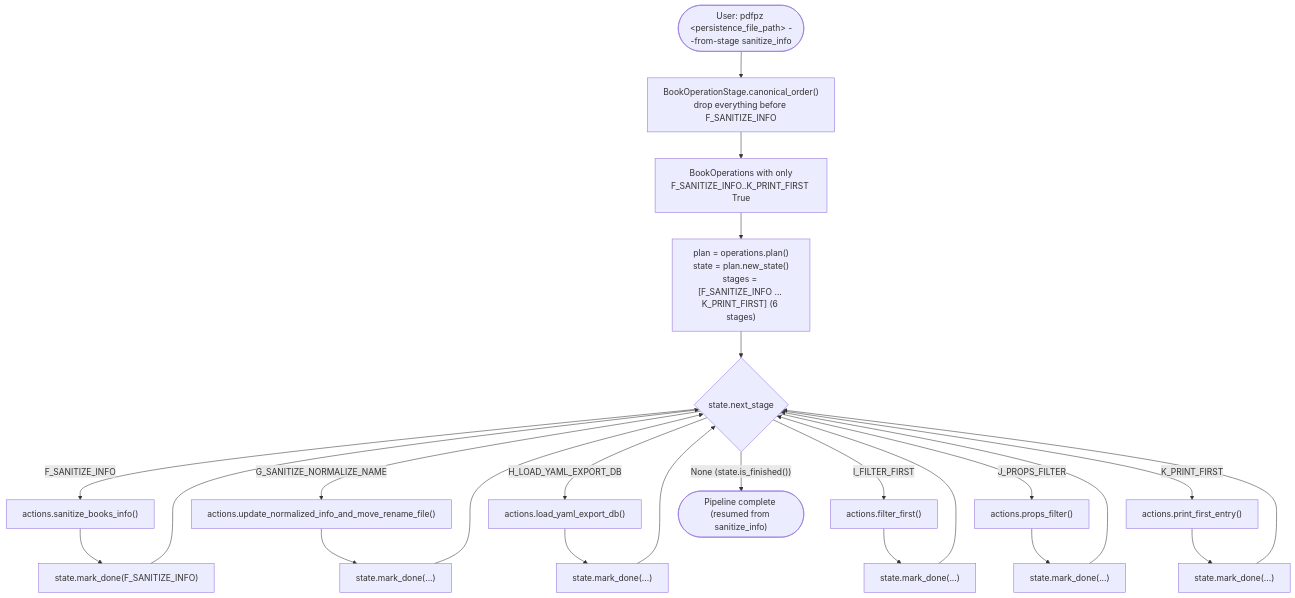
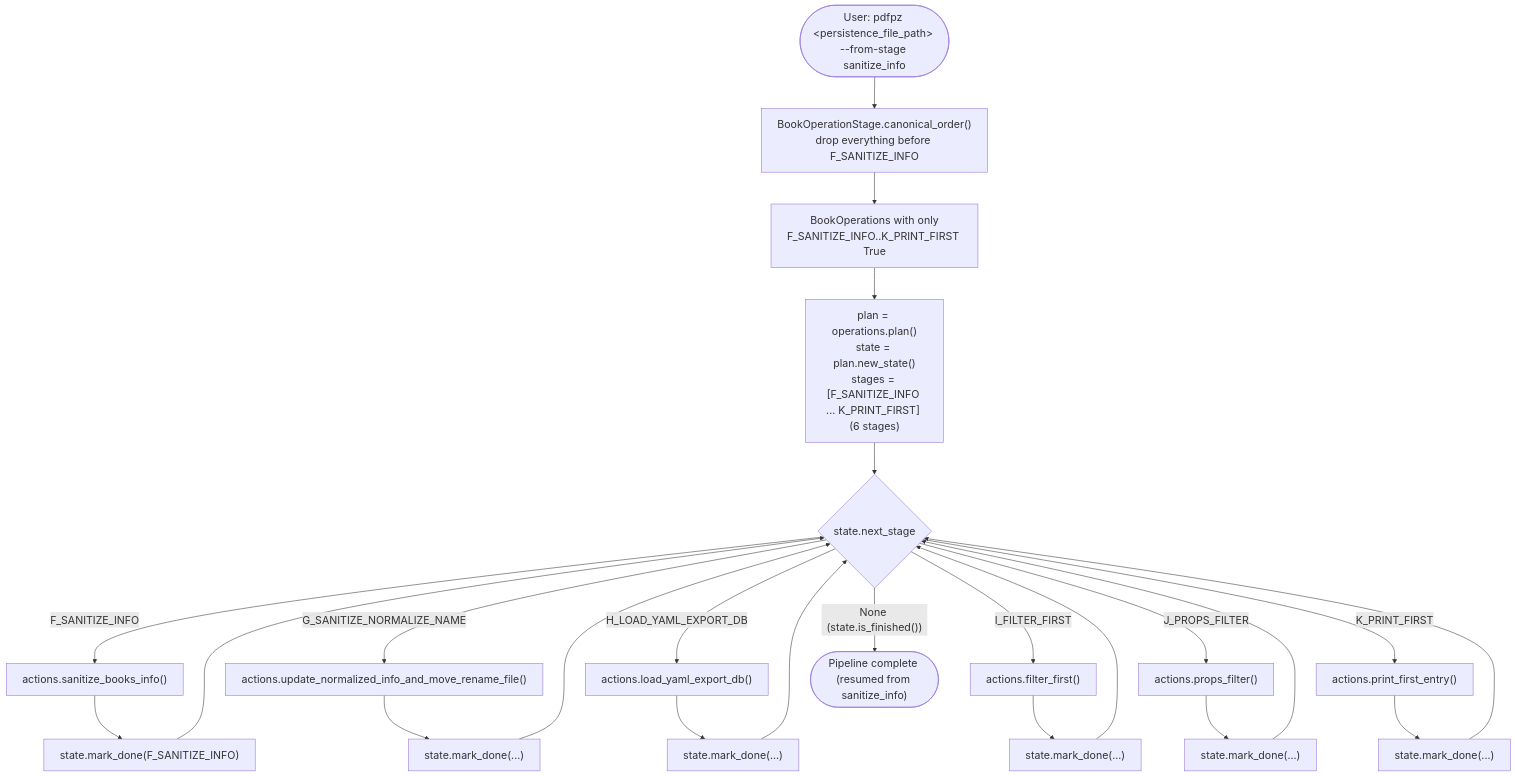
Before and after one commit to sdhube/forkpdfpz: the second of 3 diagrams in src/pdfpz/Docs/api-cli-hl.md, drawn with Mermaid. The commit also changed other lines of this file, not shown here.

First line of the commit message:
Docs/api-cli-hl.md: enlarge all three mermaid diagrams for readability

````diff
--- a/src/pdfpz/Docs/api-cli-hl.md
+++ b/src/pdfpz/Docs/api-cli-hl.md
@@ -105,20 +106,21 @@
 ```mermaid
+%%{init: {"theme": "default", "themeVariables": {"fontSize": "20px"}, "flowchart": {"nodeSpacing": 60, "rankSpacing": 60, "curve": "basis"}}}%%
 flowchart TD
     Start(["User: pdfpz &lt;persistence_file_path&gt; --from-stage sanitize_info"]) --> Resolve["BookOperationStage.canonical_order()<br/>drop everything before F_SANITIZE_INFO"]
     Resolve --> Build["BookOperations with only<br/>F_SANITIZE_INFO..K_PRINT_FIRST True"]
     Build --> Plan["plan = operations.plan()<br/>state = plan.new_state()<br/>stages = [F_SANITIZE_INFO ... K_PRINT_FIRST] (6 stages)"]
     Plan --> Loop{"state.next_stage"}
     Loop -->|F_SANITIZE_INFO| S6["actions.sanitize_books_info()"]
     S6 --> D6["state.mark_done(F_SANITIZE_INFO)"] --> Loop
     Loop -->|G_SANITIZE_NORMALIZE_NAME| S7["actions.update_normalized_info_and_move_rename_file()"]
     S7 --> D7["state.mark_done(...)"] --> Loop
     Loop -->|H_LOAD_YAML_EXPORT_DB| S8["actions.load_yaml_export_db()"]
     S8 --> D8["state.mark_done(...)"] --> Loop
     Loop -->|I_FILTER_FIRST| S9["actions.filter_first()"]
     S9 --> D9["state.mark_done(...)"] --> Loop
     Loop -->|J_PROPS_FILTER| S10["actions.props_filter()"]
     S10 --> D10["state.mark_done(...)"] --> Loop
     Loop -->|K_PRINT_FIRST| S11["actions.print_first_entry()"]
     S11 --> D11["state.mark_done(...)"] --> Loop
     Loop -->|"None (state.is_finished())"| Done(["Pipeline complete (resumed from sanitize_info)"])
 ```
````
